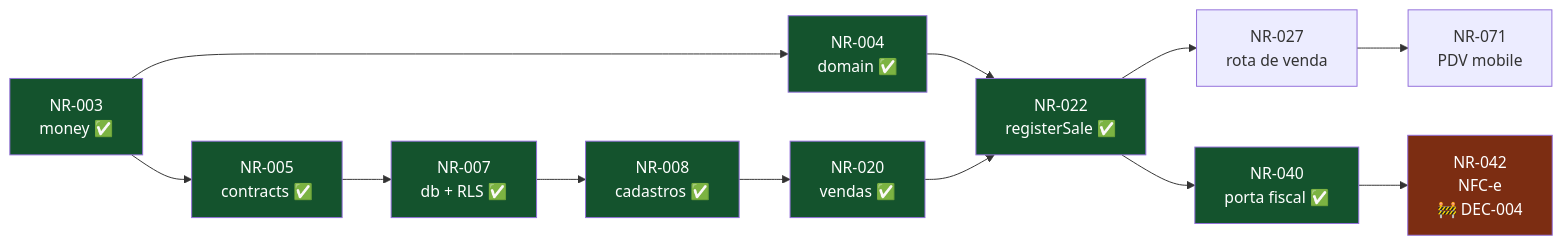
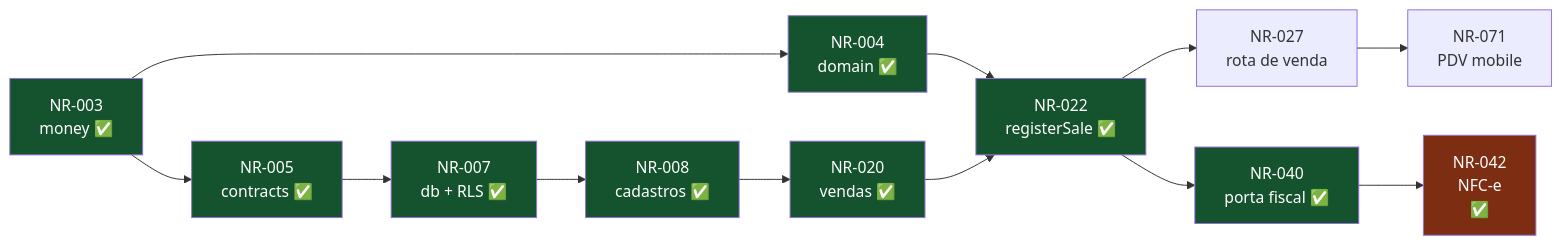
One commit to glevi2004/na-regua changed the diagram in docs/processo/task-ledger.md. Above: the diagram before and after it, drawn with Mermaid. The commit also changed other lines of this file and 18 other files, not shown here.

````diff
--- a/docs/processo/task-ledger.md
+++ b/docs/processo/task-ledger.md
@@ -182,24 +182,24 @@
 ```mermaid
 flowchart LR
     N3["NR-003<br/>money ✅"] --> N4["NR-004<br/>domain ✅"]
     N3 --> N5["NR-005<br/>contracts ✅"]
     N5 --> N7["NR-007<br/>db + RLS ✅"]
     N7 --> N8["NR-008<br/>cadastros ✅"]
     N8 --> N20["NR-020<br/>vendas ✅"]
     N4 --> N22
     N20 --> N22["NR-022<br/>registerSale ✅"]
     N22 --> N27["NR-027<br/>rota de venda"]
     N27 --> N71["NR-071<br/>PDV mobile"]
     N22 --> N40["NR-040<br/>porta fiscal ✅"]
-    N40 --> N42["NR-042<br/>NFC-e<br/>🚧 DEC-004"]
+    N40 --> N42["NR-042<br/>NFC-e<br/>✅"]
 
     style N42 fill:#7c2d12,color:#fff
     style N3 fill:#14532d,color:#fff
     style N4 fill:#14532d,color:#fff
     style N5 fill:#14532d,color:#fff
     style N40 fill:#14532d,color:#fff
     style N7 fill:#14532d,color:#fff
     style N8 fill:#14532d,color:#fff
     style N20 fill:#14532d,color:#fff
     style N22 fill:#14532d,color:#fff
 ```
````
